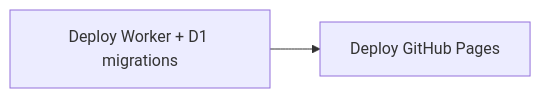
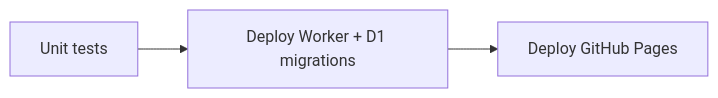
The diagram in docs/DEPLOY.md (MerlinDrews/step-tracker), drawn with Mermaid before and after one commit. The commit also changed other lines of this file and 3 other files, not shown here.

````diff
--- a/docs/DEPLOY.md
+++ b/docs/DEPLOY.md
@@ -108,6 +108,8 @@
 ```mermaid
 flowchart LR
+  test[Unit tests]
   worker[Deploy Worker + D1 migrations]
   pages[Deploy GitHub Pages]
+  test --> worker
   worker --> pages
 ```
````
